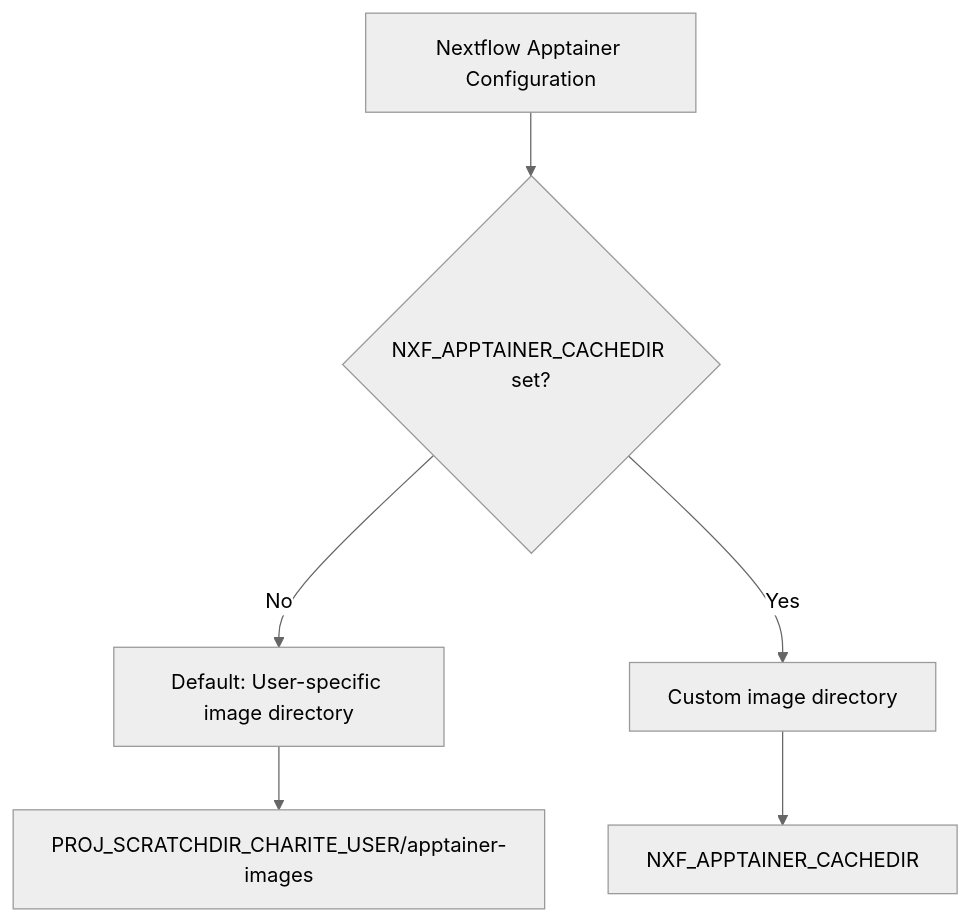
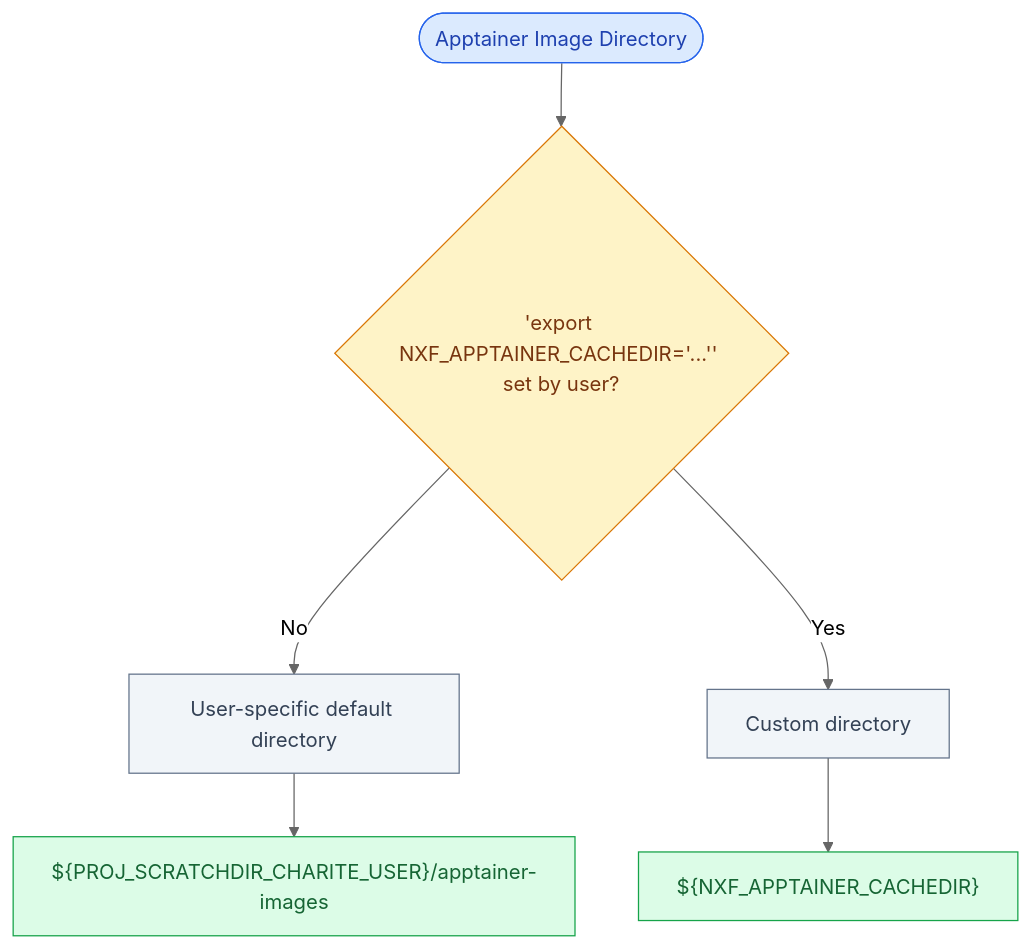
One commit to ScientificComputingCharite/configs changed the first of 2 diagrams in docs/charite.md. Above: the diagram before and after it, drawn with Mermaid (neutral theme). The commit also changed other lines of this file, not shown here.

````diff
--- a/docs/charite.md
+++ b/docs/charite.md
@@ -210,8 +210,22 @@
 ```mermaid
 flowchart TD
-    A["Nextflow Apptainer Configuration"] --> B{"NXF_APPTAINER_CACHEDIR set?"}
-    B -->|No| C["Default: User-specific image directory"]
-    B -->|Yes| D["Custom image directory"]
-    C --> E["PROJ_SCRATCHDIR_CHARITE_USER/apptainer-images"]
-    D --> F["NXF_APPTAINER_CACHEDIR"]
+    A(["Apptainer Image Directory"])
+    B{"'export NXF_APPTAINER_CACHEDIR='...'' set by user?"}
+    C["User-specific default directory"]
+    D["Custom directory"]
+    E["${PROJ_SCRATCHDIR_CHARITE_USER}/apptainer-images"]
+    F["${NXF_APPTAINER_CACHEDIR}"]
+    A --> B
+    B -->|"No"| C
+    B -->|"Yes"| D
+    C --> E
+    D --> F
+    classDef start fill:#dbeafe,stroke:#2563eb,color:#1e40af
+    classDef decision fill:#fef3c7,stroke:#d97706,color:#78350f
+    classDef path fill:#dcfce7,stroke:#16a34a,color:#166534
+    classDef category fill:#f1f5f9,stroke:#64748b,color:#334155
+    class A start
+    class B decision
+    class C,D category
+    class E,F path
 ```
````
